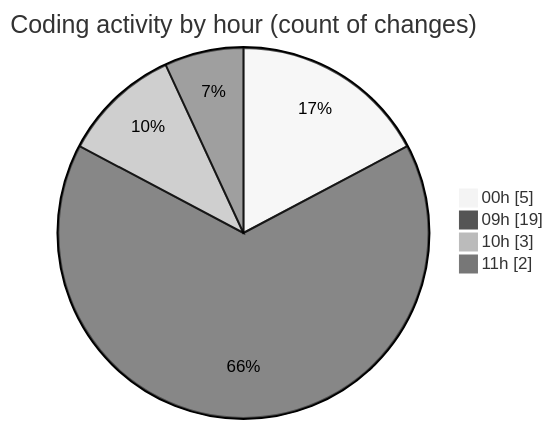
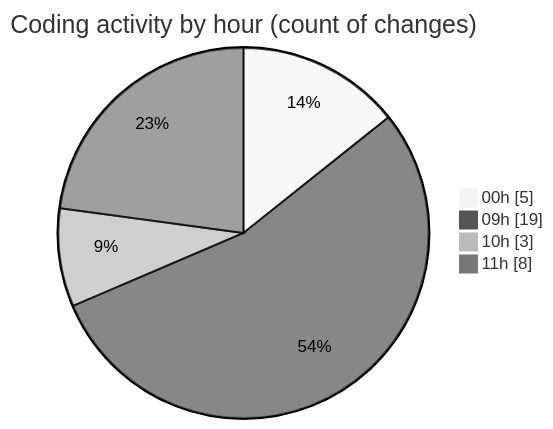
One commit to julien-gomy/code-tracking changed the second of 2 diagrams in 2025-11-19/eventscop-frontend-guide__workspace_/README.md. Above: the diagram before and after it, drawn with Mermaid (neutral theme). The commit also changed other lines of this file and 1 other file, not shown here.

````diff
--- a/2025-11-19/eventscop-frontend-guide__workspace_/README.md
+++ b/2025-11-19/eventscop-frontend-guide__workspace_/README.md
@@ -40,8 +42,8 @@
 ```mermaid
 pie showData
 title Coding activity by hour (count of changes)
 "00h" : 5
 "09h" : 19
 "10h" : 3
-"11h" : 2
+"11h" : 8
 ```
````
